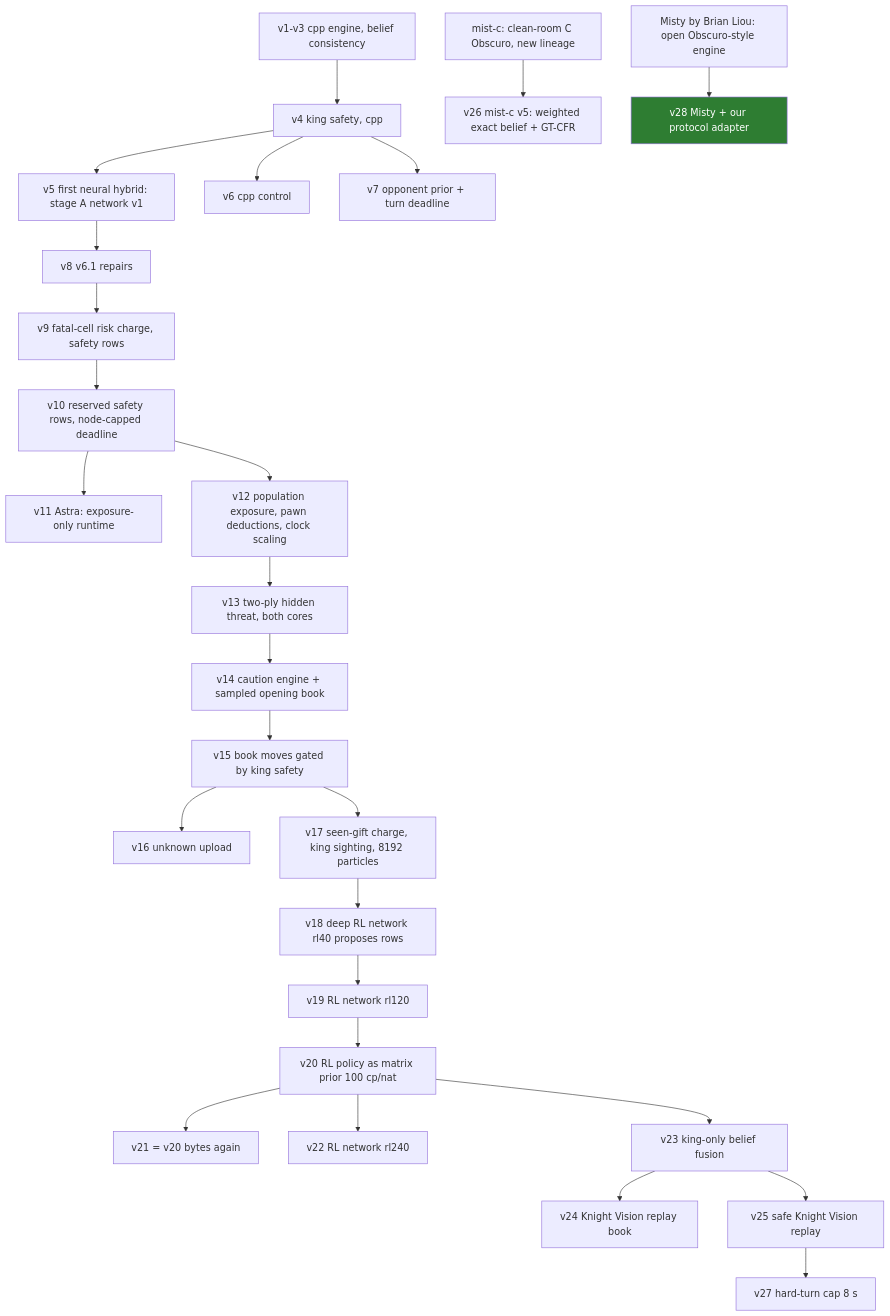
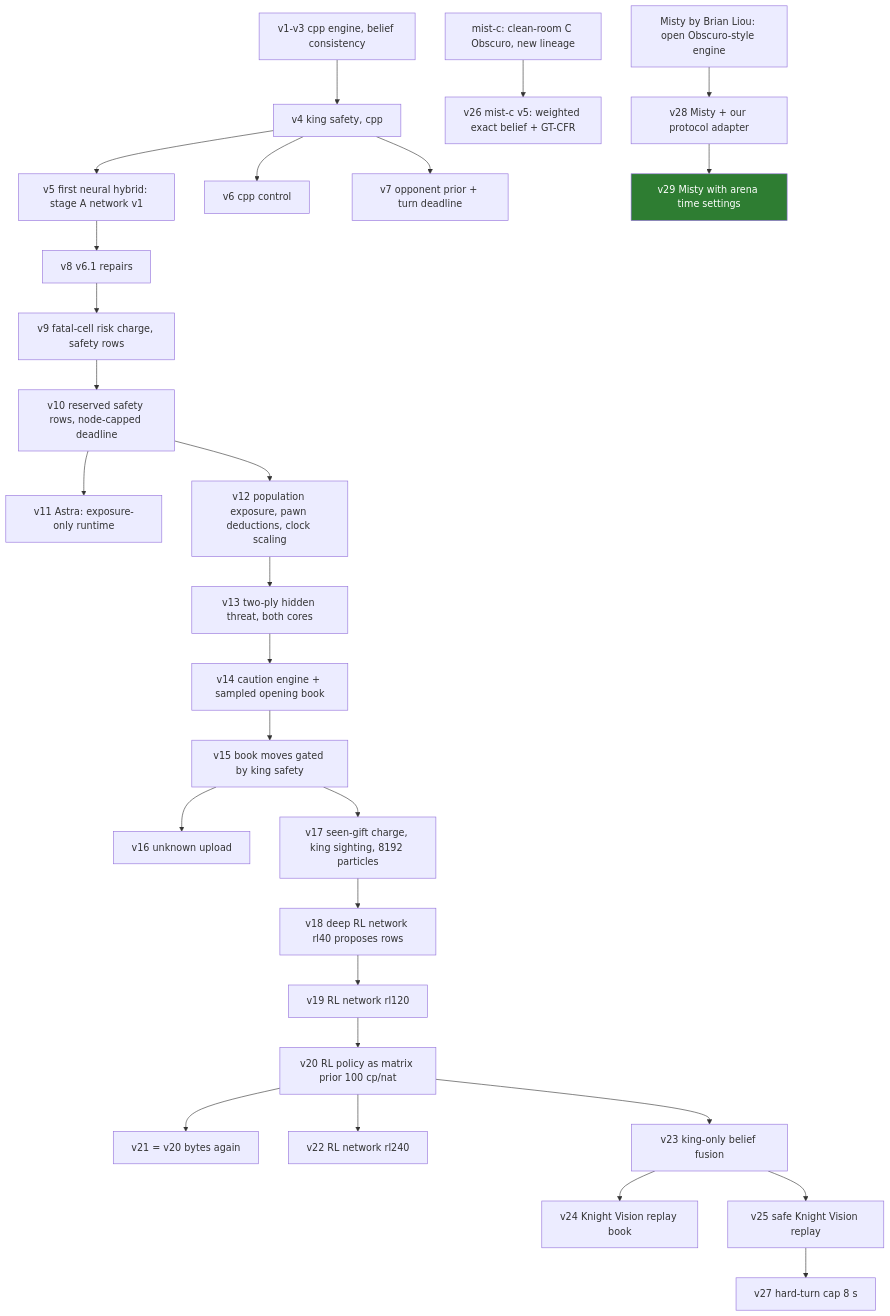
One commit to htansetiawan/iamavirus changed the diagram in MUTATIONS.md. Above: the diagram before and after it, drawn with Mermaid. The commit also changed other lines of this file and 2 other files, not shown here.

Commit message:
Arena v29 = Misty with arena time settings (158c37d0a6c4), uploaded by the user; v28 ends 11-0-6 with 2 time forfeits; map, registry, prediction

````diff
--- a/MUTATIONS.md
+++ b/MUTATIONS.md
@@ -20,29 +20,30 @@
 ```mermaid
 flowchart TD
   v1[v1-v3 cpp engine, belief consistency] --> v4[v4 king safety, cpp]
   v4 --> v5[v5 first neural hybrid: stage A network v1]
   v4 --> v6[v6 cpp control]
   v4 --> v7[v7 opponent prior + turn deadline]
   v5 --> v8[v8 v6.1 repairs] --> v9[v9 fatal-cell risk charge, safety rows] --> v10[v10 reserved safety rows, node-capped deadline]
   v10 --> v11[v11 Astra: exposure-only runtime]
   v10 --> v12[v12 population exposure, pawn deductions, clock scaling]
   v12 --> v13[v13 two-ply hidden threat, both cores]
   v13 --> v14[v14 caution engine + sampled opening book]
   v14 --> v15[v15 book moves gated by king safety]
   v15 --> v16[v16 unknown upload]
   v15 --> v17[v17 seen-gift charge, king sighting, 8192 particles]
   v17 --> v18[v18 deep RL network rl40 proposes rows]
   v18 --> v19[v19 RL network rl120]
   v19 --> v20[v20 RL policy as matrix prior 100 cp/nat]
   v20 --> v21[v21 = v20 bytes again]
   v20 --> v22[v22 RL network rl240]
   v20 --> v23[v23 king-only belief fusion]
   v23 --> v24[v24 Knight Vision replay book]
   v23 --> v25[v25 safe Knight Vision replay]
   mc[mist-c: clean-room C Obscuro, new lineage] --> v26[v26 mist-c v5: weighted exact belief + GT-CFR]
   v25 --> v27[v27 hard-turn cap 8 s]
   misty[Misty by Brian Liou: open Obscuro-style engine] --> v28[v28 Misty + our protocol adapter]
+  v28 --> v29[v29 Misty with arena time settings]
   classDef alive fill:#2e7d32,color:#fff;
   classDef cand fill:#f9a825,color:#000;
-  class v28 alive;
+  class v29 alive;
 ```
````
